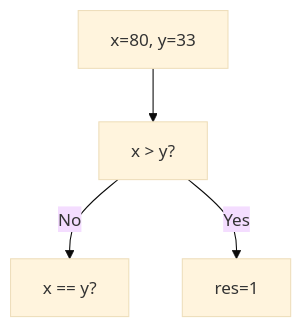
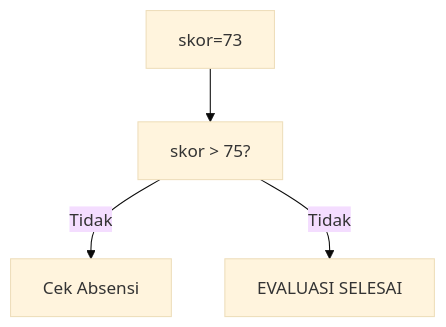
Before and after one commit to amnahwaida/OSNK_INF_PREP: the ninth of 25 diagrams in part-c-pemahaman-cpp/02-percabangan/latihan/set-12.md, drawn with Mermaid (base theme). The commit also changed other lines of this file and 71 other files, not shown here.

````diff
--- a/part-c-pemahaman-cpp/02-percabangan/latihan/set-12.md
+++ b/part-c-pemahaman-cpp/02-percabangan/latihan/set-12.md
@@ -252,6 +259,6 @@
 ```mermaid
 graph TD
-A["x=80, y=33"] --> B["x > y?"]
-B -- No --> C["x == y?"]
-B -- Yes --> D[res=1]
+A["skor=73"] --> B["skor > 75?"]
+B -- Tidak --> C["Cek Absensi"]
+B -- Tidak --> D["EVALUASI SELESAI"]
 ```
````
